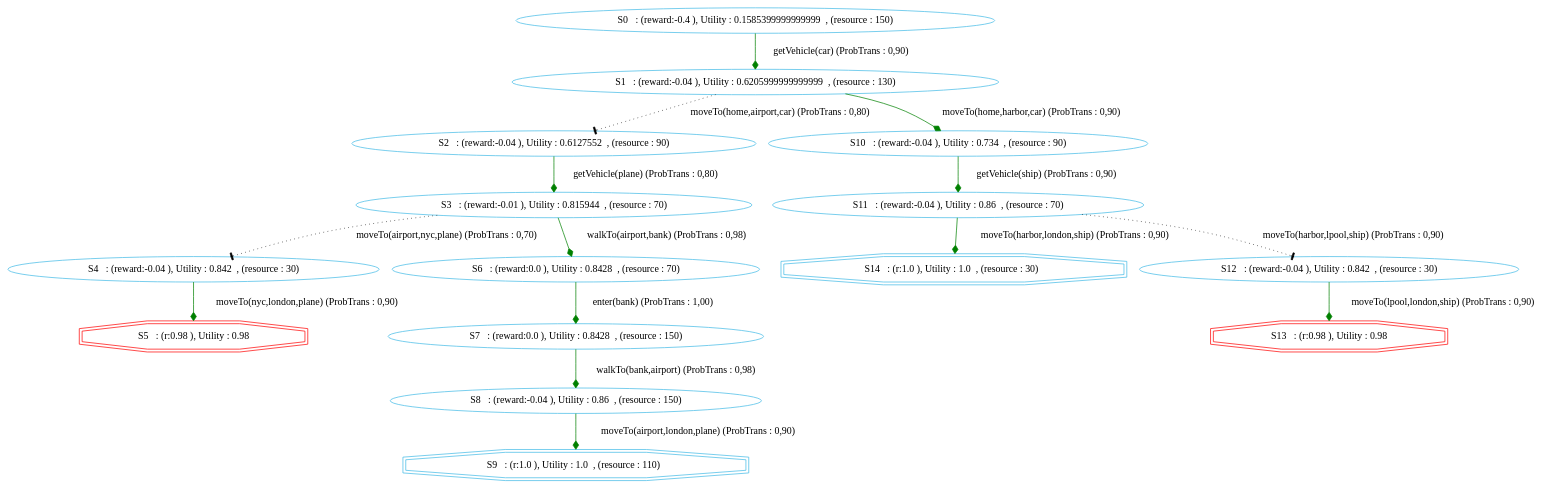
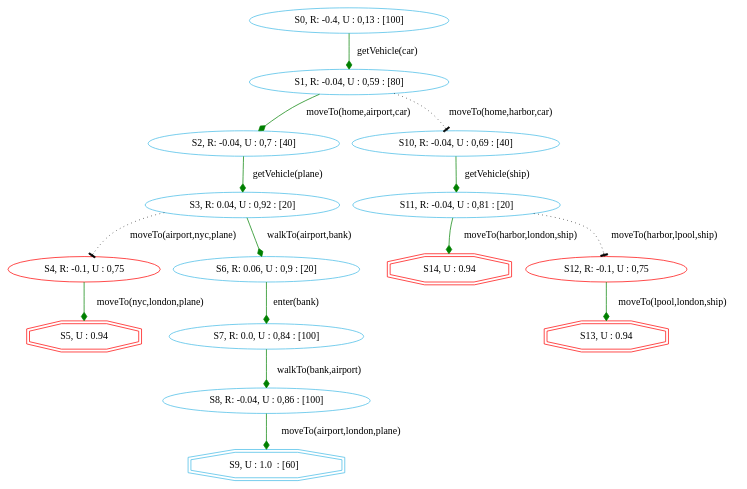
The diagram in chimp/src/main/java/examples/MDP/gotolondon/gotolondonGraphVICHIMP0.dot (htiraHatem/CHIMP_MDP), drawn with Graphviz before and after one commit. The commit also changed 20 other files, not shown here.

```diff
--- a/chimp/src/main/java/examples/MDP/gotolondon/gotolondonGraphVICHIMP0.dot
+++ b/chimp/src/main/java/examples/MDP/gotolondon/gotolondonGraphVICHIMP0.dot
@@ -1,22 +1,24 @@
 digraph {
   node [color="#40b9e5" ]
  size="60,17";
-"5" [label=" S5   : (r:0.98 ), Utility : 0.98 " color = red ,  shape=doubleoctagon]
-"9" [label=" S9   : (r:1.0 ), Utility : 1.0  , (resource : 110)  " shape=doubleoctagon];
-"13" [label=" S13   : (r:0.98 ), Utility : 0.98 " color = red ,  shape=doubleoctagon]
-"14" [label=" S14   : (r:1.0 ), Utility : 1.0  , (resource : 30)  " shape=doubleoctagon];
-"0" [label=" S0   : (reward:-0.4 ), Utility : 0.1585399999999999  , (resource : 150) "]"1" [label=" S1   : (reward:-0.04 ), Utility : 0.6205999999999999  , (resource : 130) "]"2" [label=" S2   : (reward:-0.04 ), Utility : 0.6127552  , (resource : 90) "]"3" [label=" S3   : (reward:-0.01 ), Utility : 0.815944  , (resource : 70) "]"4" [label=" S4   : (reward:-0.04 ), Utility : 0.842  , (resource : 30) "]"6" [label=" S6   : (reward:0.0 ), Utility : 0.8428  , (resource : 70) "]"7" [label=" S7   : (reward:0.0 ), Utility : 0.8428  , (resource : 150) "]"8" [label=" S8   : (reward:-0.04 ), Utility : 0.86  , (resource : 150) "]"10" [label=" S10   : (reward:-0.04 ), Utility : 0.734  , (resource : 90) "]"11" [label=" S11   : (reward:-0.04 ), Utility : 0.86  , (resource : 70) "]"12" [label=" S12   : (reward:-0.04 ), Utility : 0.842  , (resource : 30) "]"0" -> "1" [ label="getVehicle(car) (ProbTrans : 0,90)"
-, arrowhead = diamond , color=green];"1" -> "2" [ label="moveTo(home,airport,car) (ProbTrans : 0,80)"
-,style=dotted, arrowhead=tee];"1" -> "10" [ label="moveTo(home,harbor,car) (ProbTrans : 0,90)"
-, arrowhead = diamond , color=green];"2" -> "3" [ label="getVehicle(plane) (ProbTrans : 0,80)"
-, arrowhead = diamond , color=green];"3" -> "4" [ label="moveTo(airport,nyc,plane) (ProbTrans : 0,70)"
-,style=dotted, arrowhead=tee];"3" -> "6" [ label="walkTo(airport,bank) (ProbTrans : 0,98)"
-, arrowhead = diamond , color=green];"4" -> "5" [ label="moveTo(nyc,london,plane) (ProbTrans : 0,90)"
-, arrowhead = diamond , color=green];"6" -> "7" [ label="enter(bank) (ProbTrans : 1,00)"
-, arrowhead = diamond , color=green];"7" -> "8" [ label="walkTo(bank,airport) (ProbTrans : 0,98)"
-, arrowhead = diamond , color=green];"8" -> "9" [ label="moveTo(airport,london,plane) (ProbTrans : 0,90)"
-, arrowhead = diamond , color=green];"10" -> "11" [ label="getVehicle(ship) (ProbTrans : 0,90)"
-, arrowhead = diamond , color=green];"11" -> "12" [ label="moveTo(harbor,lpool,ship) (ProbTrans : 0,90)"
-,style=dotted, arrowhead=tee];"11" -> "14" [ label="moveTo(harbor,london,ship) (ProbTrans : 0,90)"
-, arrowhead = diamond , color=green];"12" -> "13" [ label="moveTo(lpool,london,ship) (ProbTrans : 0,90)"
+"5" [label=" S5, U : 0.94 " color = red ,  shape=doubleoctagon]
+"9" [label=" S9, U : 1.0  : [60]  " shape=doubleoctagon];
+"13" [label=" S13, U : 0.94 " color = red ,  shape=doubleoctagon]
+"14" [label=" S14, U : 0.94 " color = red ,  shape=doubleoctagon]
+"0" [label=" S0, R: -0.4, U : 0,13 : [100] "]"1" [label=" S1, R: -0.04, U : 0,59 : [80] "]"2" [label=" S2, R: -0.04, U : 0,7 : [40] "]"3" [label=" S3, R: 0.04, U : 0,92 : [20] "]"4" [label=" S4, R: -0.1, U : 0,75 " color = red ]
+"6" [label=" S6, R: 0.06, U : 0,9 : [20] "]"7" [label=" S7, R: 0.0, U : 0,84 : [100] "]"8" [label=" S8, R: -0.04, U : 0,86 : [100] "]"10" [label=" S10, R: -0.04, U : 0,69 : [40] "]"11" [label=" S11, R: -0.04, U : 0,81 : [20] "]"12" [label=" S12, R: -0.1, U : 0,75 " color = red ]
+"0" -> "1" [ label="getVehicle(car)"
+, arrowhead = diamond , color=green];"1" -> "2" [ label="moveTo(home,airport,car)"
+, arrowhead = diamond , color=green];"1" -> "10" [ label="moveTo(home,harbor,car)"
+,style=dotted, arrowhead=tee];"2" -> "3" [ label="getVehicle(plane)"
+, arrowhead = diamond , color=green];"3" -> "4" [ label="moveTo(airport,nyc,plane)"
+,style=dotted, arrowhead=tee];"3" -> "6" [ label="walkTo(airport,bank)"
+, arrowhead = diamond , color=green];"4" -> "5" [ label="moveTo(nyc,london,plane)"
+, arrowhead = diamond , color=green];"6" -> "7" [ label="enter(bank)"
+, arrowhead = diamond , color=green];"7" -> "8" [ label="walkTo(bank,airport)"
+, arrowhead = diamond , color=green];"8" -> "9" [ label="moveTo(airport,london,plane)"
+, arrowhead = diamond , color=green];"10" -> "11" [ label="getVehicle(ship)"
+, arrowhead = diamond , color=green];"11" -> "12" [ label="moveTo(harbor,lpool,ship)"
+,style=dotted, arrowhead=tee];"11" -> "14" [ label="moveTo(harbor,london,ship)"
+, arrowhead = diamond , color=green];"12" -> "13" [ label="moveTo(lpool,london,ship)"
 , arrowhead = diamond , color=green];}
```
